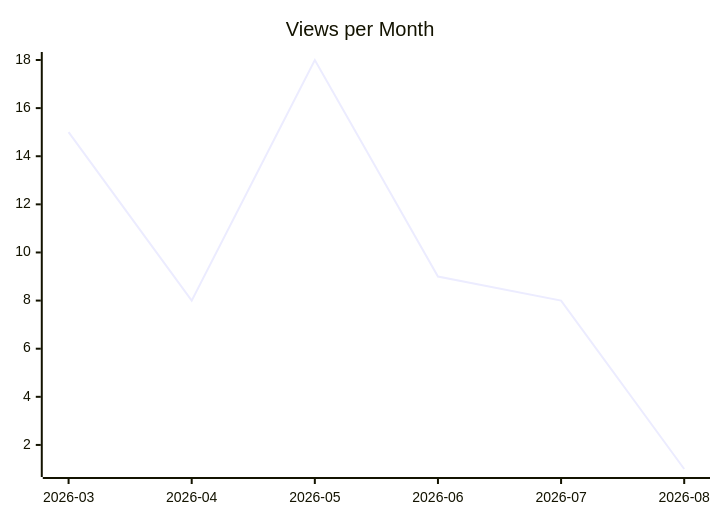
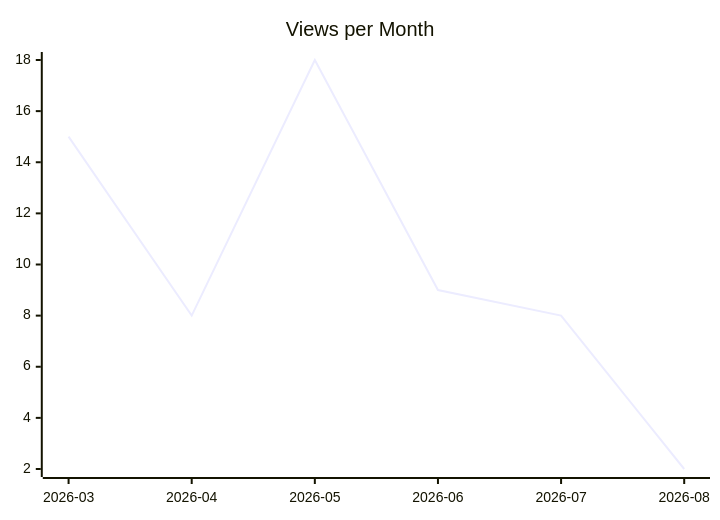
Before and after one commit to justdavis-family/github-analytics-data: the second of 3 diagrams in karlmdavis/xmlpull/README.md, drawn with Mermaid. The commit also changed other lines of this file and 176 other files, not shown here.

````diff
--- a/karlmdavis/xmlpull/README.md
+++ b/karlmdavis/xmlpull/README.md
@@ -12,6 +12,6 @@
 ```mermaid
 xychart-beta
   title "Views per Month"
   x-axis ["2026-03", "2026-04", "2026-05", "2026-06", "2026-07", "2026-08"]
-  line [15, 8, 18, 9, 8, 1]
+  line [15, 8, 18, 9, 8, 2]
 ```
````
